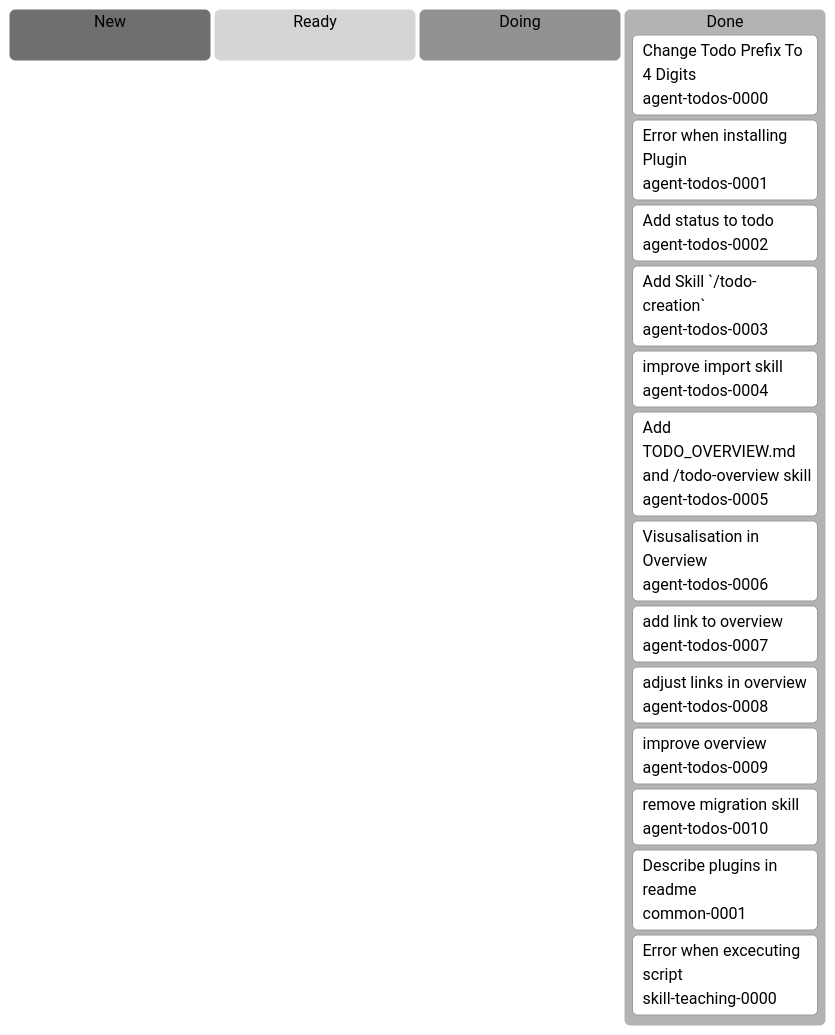
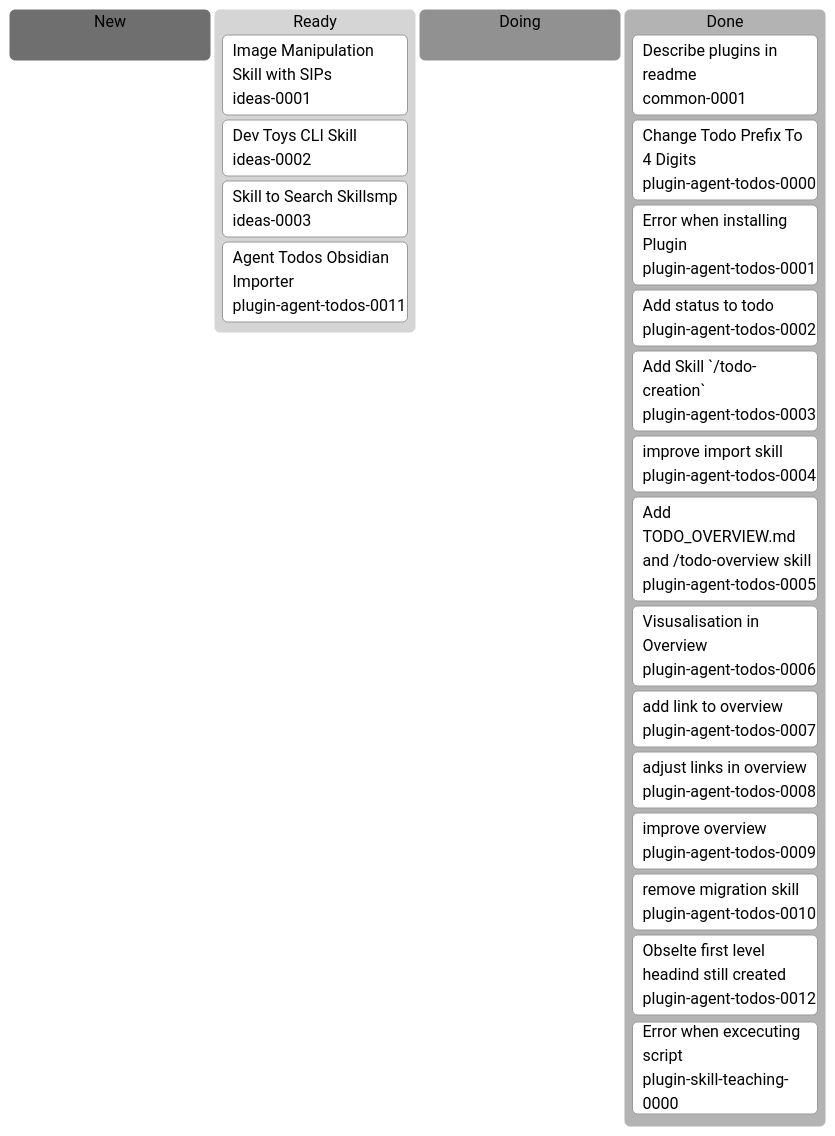
The diagram in docs/agent-todos/TODO_OVERVIEW.md (erich3000/ji-agent-skills), drawn with Mermaid before and after one commit. The commit also changed other lines of this file and 19 other files, not shown here.

Commit message:
agent-todos: fixed the format of imported todos

````diff
--- a/docs/agent-todos/TODO_OVERVIEW.md
+++ b/docs/agent-todos/TODO_OVERVIEW.md
@@ -7,24 +7,28 @@
 ```mermaid
 %%{init: {"theme":"neutral"}}%%
 kanban
   new[New]
 
   ready[Ready]
-
+    ideas-0001[Image Manipulation Skill with SIPs]@{ ticket: ideas-0001 }
+    ideas-0002[Dev Toys CLI Skill]@{ ticket: ideas-0002 }
+    ideas-0003[Skill to Search Skillsmp]@{ ticket: ideas-0003 }
+    plugin-agent-todos-0011[Agent Todos Obsidian Importer]@{ ticket: plugin-agent-todos-0011 }
   doing[Doing]
 
   done[Done]
-    agent-todos-0000[Change Todo Prefix To 4 Digits]@{ ticket: agent-todos-0000 }
-    agent-todos-0001[Error when installing Plugin]@{ ticket: agent-todos-0001 }
-    agent-todos-0002[Add status to todo]@{ ticket: agent-todos-0002 }
-    agent-todos-0003[Add Skill `/todo-creation`]@{ ticket: agent-todos-0003 }
-    agent-todos-0004[improve import skill]@{ ticket: agent-todos-0004 }
-    agent-todos-0005[Add TODO_OVERVIEW.md and /todo-overview skill]@{ ticket: agent-todos-0005 }
-    agent-todos-0006[Visusalisation in Overview]@{ ticket: agent-todos-0006 }
-    agent-todos-0007[add link to overview]@{ ticket: agent-todos-0007 }
-    agent-todos-0008[adjust links in overview]@{ ticket: agent-todos-0008 }
-    agent-todos-0009[improve overview]@{ ticket: agent-todos-0009 }
-    agent-todos-0010[remove migration skill]@{ ticket: agent-todos-0010 }
     common-0001[Describe plugins in readme]@{ ticket: common-0001 }
-    skill-teaching-0000[Error when excecuting script]@{ ticket: skill-teaching-0000 }
+    plugin-agent-todos-0000[Change Todo Prefix To 4 Digits]@{ ticket: plugin-agent-todos-0000 }
+    plugin-agent-todos-0001[Error when installing Plugin]@{ ticket: plugin-agent-todos-0001 }
+    plugin-agent-todos-0002[Add status to todo]@{ ticket: plugin-agent-todos-0002 }
+    plugin-agent-todos-0003[Add Skill `/todo-creation`]@{ ticket: plugin-agent-todos-0003 }
+    plugin-agent-todos-0004[improve import skill]@{ ticket: plugin-agent-todos-0004 }
+    plugin-agent-todos-0005[Add TODO_OVERVIEW.md and /todo-overview skill]@{ ticket: plugin-agent-todos-0005 }
+    plugin-agent-todos-0006[Visusalisation in Overview]@{ ticket: plugin-agent-todos-0006 }
+    plugin-agent-todos-0007[add link to overview]@{ ticket: plugin-agent-todos-0007 }
+    plugin-agent-todos-0008[adjust links in overview]@{ ticket: plugin-agent-todos-0008 }
+    plugin-agent-todos-0009[improve overview]@{ ticket: plugin-agent-todos-0009 }
+    plugin-agent-todos-0010[remove migration skill]@{ ticket: plugin-agent-todos-0010 }
+    plugin-agent-todos-0012[Obselte first level headind still created]@{ ticket: plugin-agent-todos-0012 }
+    plugin-skill-teaching-0000[Error when excecuting script]@{ ticket: plugin-skill-teaching-0000 }
 ```
````
